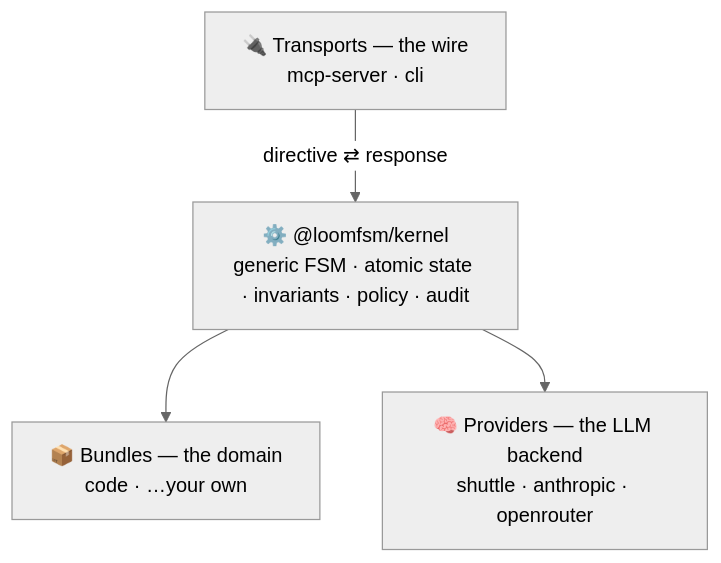
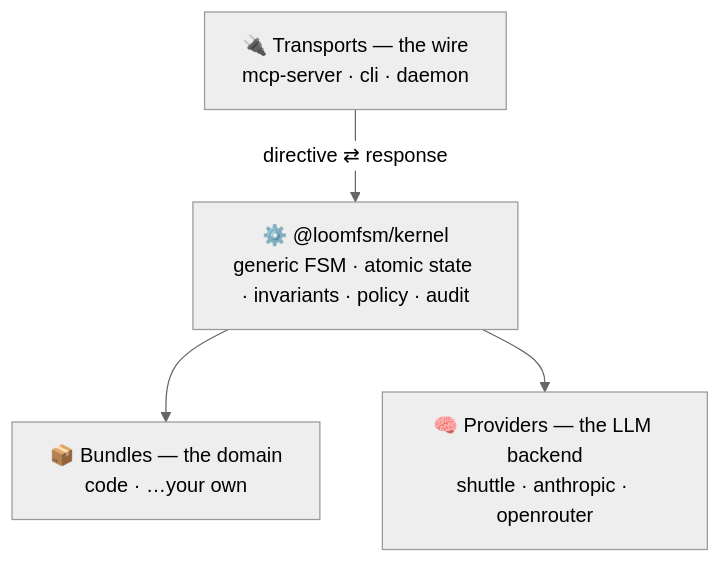
The second of 2 diagrams in README.md (teaarte/loom), drawn with Mermaid (neutral theme) before and after one commit. The commit also changed other lines of this file, not shown here.

````diff
--- a/README.md
+++ b/README.md
@@ -150,10 +221,10 @@
 ```mermaid
 flowchart TB
-    T["🔌 Transports — the wire<br/>mcp-server · cli"]
+    T["🔌 Transports — the wire<br/>mcp-server · cli · daemon"]
     K["⚙️ @loomfsm/kernel<br/>generic FSM · atomic state · invariants · policy · audit"]
     B["📦 Bundles — the domain<br/>code · …your own"]
     P["🧠 Providers — the LLM backend<br/>shuttle · anthropic · openrouter"]
     T -->|"directive ⇄ response"| K
     K --> B
     K --> P
 ```
````
